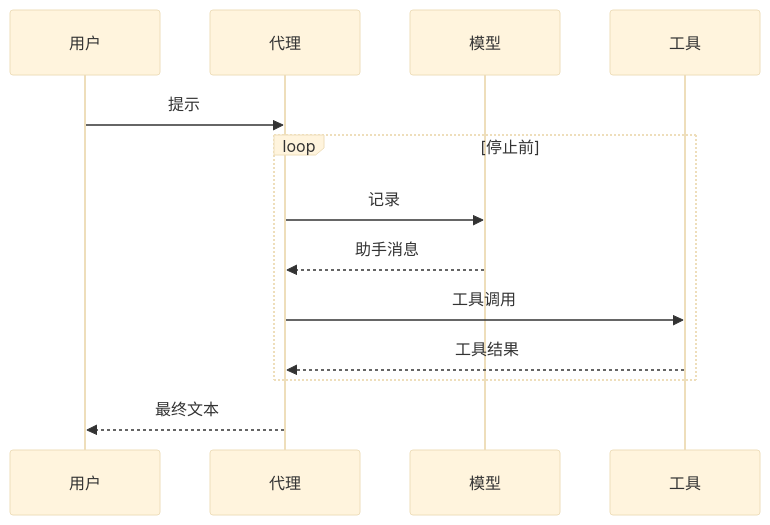
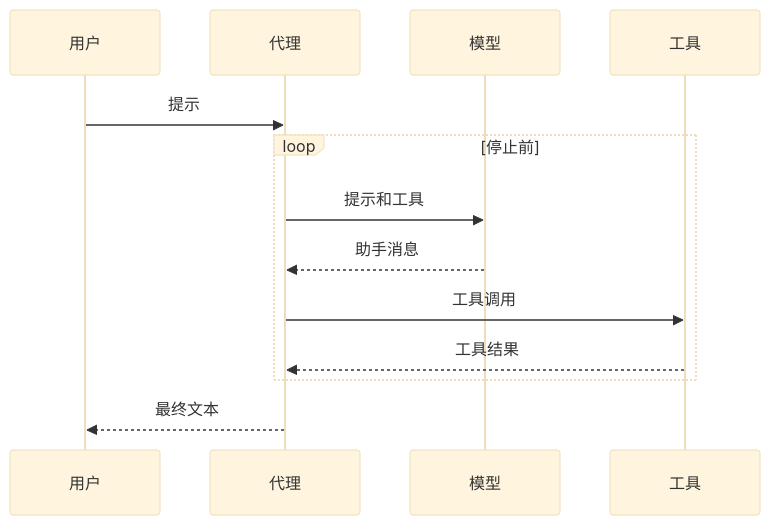
The second of 2 diagrams in README.zh-CN.md (zyy17/pigo), drawn with Mermaid (base theme) before and after one commit. The commit also changed 6 other files, not shown here.

````diff
--- a/README.zh-CN.md
+++ b/README.zh-CN.md
@@ -47,15 +47,15 @@
 ```mermaid
 sequenceDiagram
     participant User as 用户
     participant Agent as 代理
     participant Model as 模型
     participant Tools as 工具
     User->>Agent: 提示
     loop 停止前
-        Agent->>Model: 记录
+        Agent->>Model: 提示和工具
         Model-->>Agent: 助手消息
         Agent->>Tools: 工具调用
         Tools-->>Agent: 工具结果
     end
     Agent-->>User: 最终文本
 ```
````
